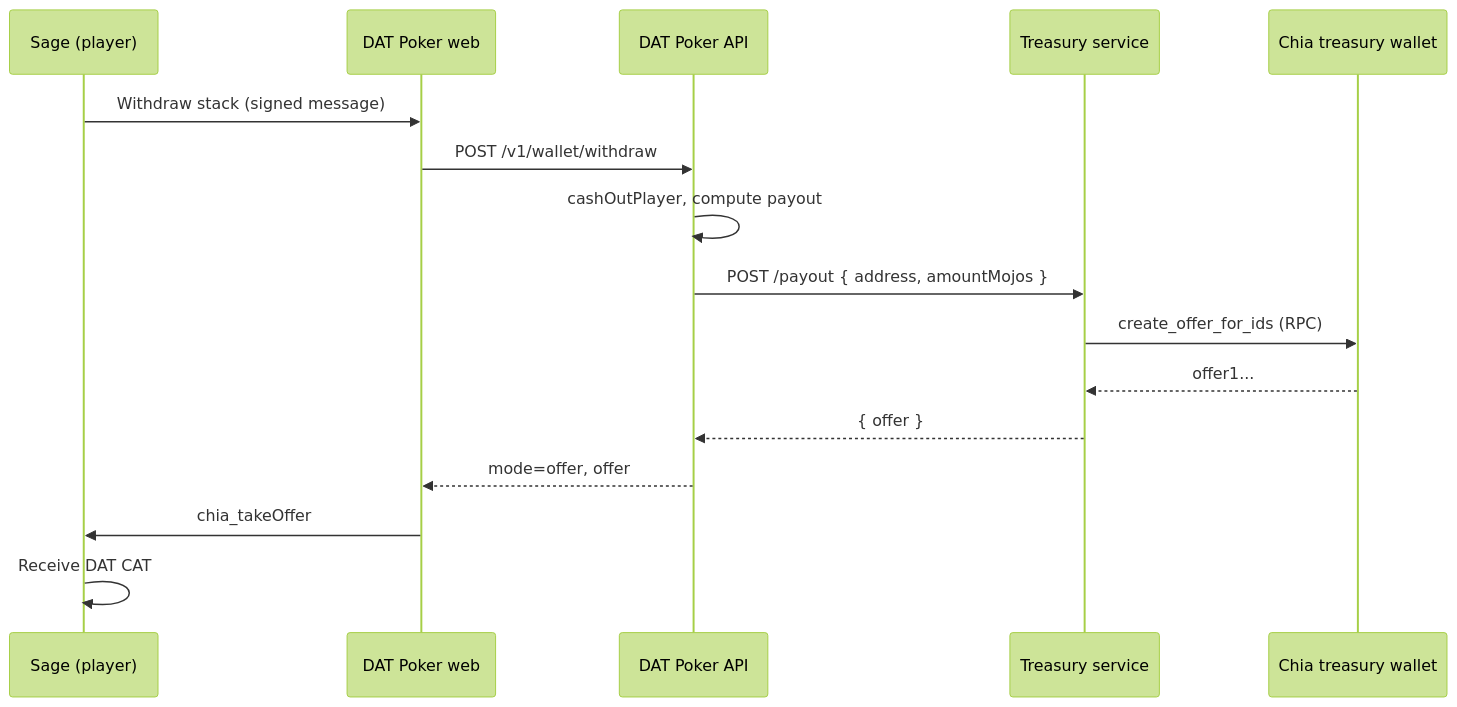
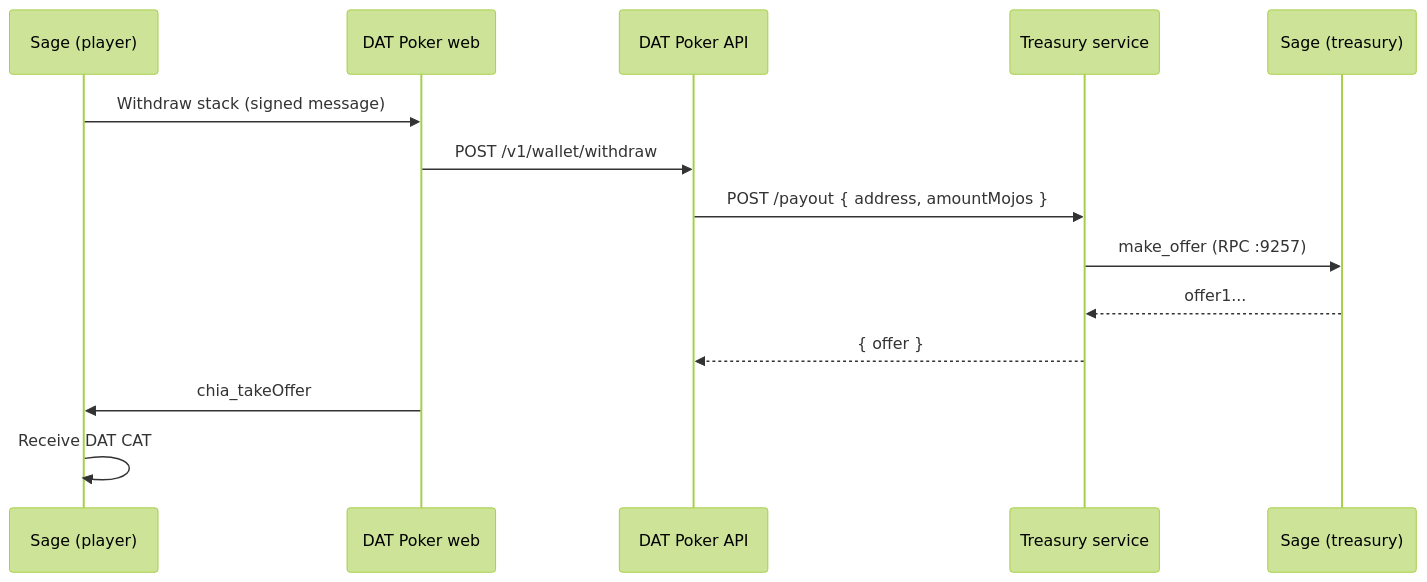
The diagram in docs/TREASURY.md (Drewski241/dat-poker), drawn with Mermaid (forest theme) before and after one commit. The commit also changed other lines of this file and 12 other files, not shown here.

First line of the commit message:
feat(treasury): use Sage wallet RPC for DAT payout offers

````diff
--- a/docs/TREASURY.md
+++ b/docs/TREASURY.md
@@ -5,19 +5,17 @@
 ```mermaid
 sequenceDiagram
   participant Player as Sage (player)
   participant Web as DAT Poker web
   participant API as DAT Poker API
   participant Treasury as Treasury service
-  participant Wallet as Chia treasury wallet
+  participant Sage as Sage (treasury)
 
   Player->>Web: Withdraw stack (signed message)
   Web->>API: POST /v1/wallet/withdraw
-  API->>API: cashOutPlayer, compute payout
   API->>Treasury: POST /payout { address, amountMojos }
-  Treasury->>Wallet: create_offer_for_ids (RPC)
-  Wallet-->>Treasury: offer1...
+  Treasury->>Sage: make_offer (RPC :9257)
+  Sage-->>Treasury: offer1...
   Treasury-->>API: { offer }
-  API-->>Web: mode=offer, offer
   Web->>Player: chia_takeOffer
   Player->>Player: Receive DAT CAT
 ```
````
